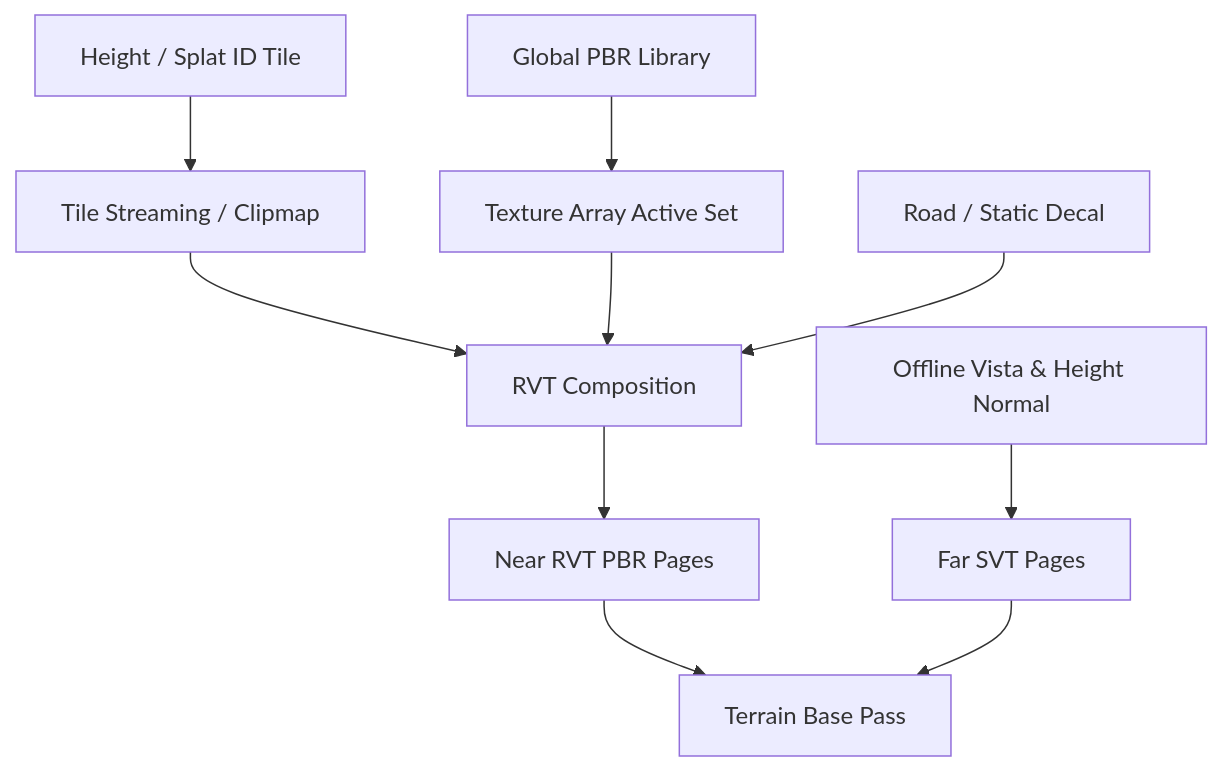
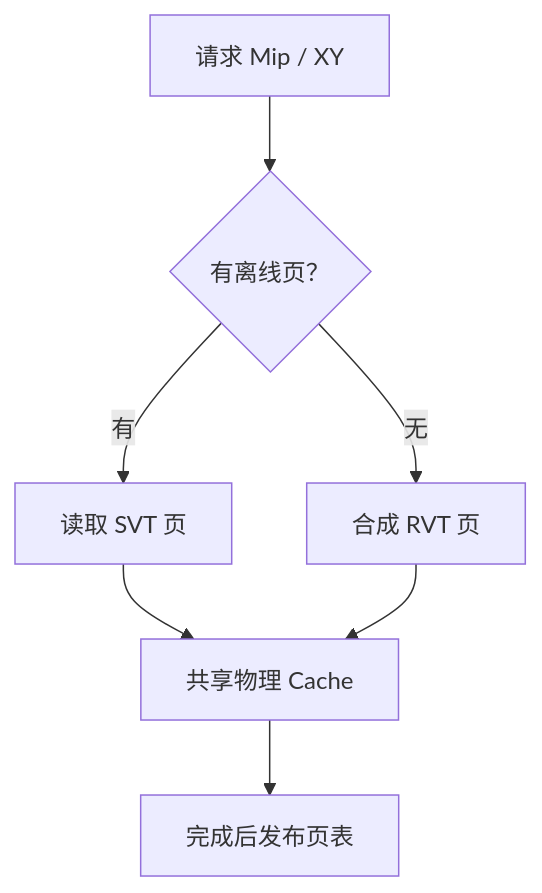
One commit to dupouyer/BlogPublish changed the diagram in Site/astro-koharu/src/content/blog/note/algorithm/gdc-terrain-virtual-texture.md. Above: the diagram before and after it, drawn with Mermaid. The commit also changed other lines of this file and 32 other files, not shown here.

````diff
--- a/Site/astro-koharu/src/content/blog/note/algorithm/gdc-terrain-virtual-texture.md
+++ b/Site/astro-koharu/src/content/blog/note/algorithm/gdc-terrain-virtual-texture.md
@@ -35,12 +123,9 @@
-~~~mermaid
+```mermaid
 flowchart TD
- A["Height / Splat ID Tile"] --> C["Tile Streaming / Clipmap"]
- B["Global PBR Library"] --> D["Texture Array Active Set"]
- C --> E["RVT Composition"]
- D --> E
- F["Road / Static Decal"] --> E
- E --> G["Near RVT PBR Pages"]
- H["Offline Vista & Height Normal"] --> I["Far SVT Pages"]
- G --> J["Terrain Base Pass"]
- I --> J
-~~~
+ R["请求 Mip / XY"] --> D{"有离线页？"}
+ D -->|有| S["读取 SVT 页"]
+ D -->|无| V["合成 RVT 页"]
+ S --> C["共享物理 Cache"]
+ V --> C
+ C --> P["完成后发布页表"]
+```
````
